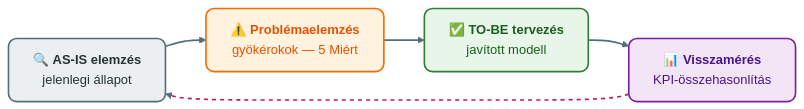
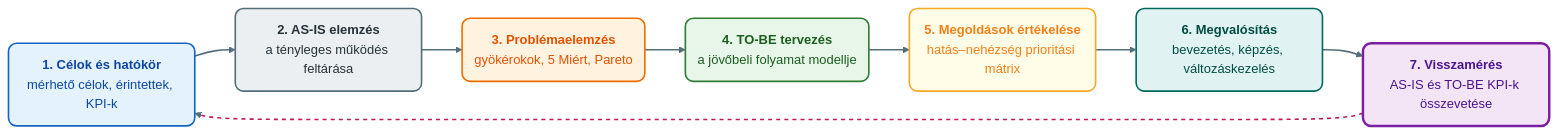
Before and after one commit to denespocsik/MM_BSC_Zarovizsga: the diagram in Tételek/V03-GMXSF2MBLF-Üzleti folyamatok mérése és optimalizálása.tétel.md, drawn with Mermaid (base theme). The commit also changed other lines of this file, not shown here.

````diff
--- a/Tételek/V03-GMXSF2MBLF-Üzleti folyamatok mérése és optimalizálása.tétel.md
+++ b/Tételek/V03-GMXSF2MBLF-Üzleti folyamatok mérése és optimalizálása.tétel.md
@@ -43,15 +68,21 @@
 ```mermaid
 flowchart LR
-    A["🔍 <b>AS-IS elemzés</b><br/>jelenlegi állapot"]:::szurke --> B["⚠️ <b>Problémaelemzés</b><br/>gyökérokok — 5 Miért"]:::narancs
-    B --> C["✅ <b>TO-BE tervezés</b><br/>javított modell"]:::zold
-    C --> D["📊 <b>Visszamérés</b><br/>KPI-összehasonlítás"]:::lila
-    D --> A
+    A("<b>1. Célok és hatókör</b><br/>mérhető célok, érintettek, KPI-k"):::kek --> B("<b>2. AS-IS elemzés</b><br/>a tényleges működés feltárása"):::szurke
+    B --> C("<b>3. Problémaelemzés</b><br/>gyökérokok, 5 Miért, Pareto"):::narancs
+    C --> D("<b>4. TO-BE tervezés</b><br/>a jövőbeli folyamat modellje"):::zold
+    D --> E("<b>5. Megoldások értékelése</b><br/>hatás–nehézség prioritási mátrix"):::sarga
+    E --> F("<b>6. Megvalósítás</b><br/>bevezetés, képzés, változáskezelés"):::turkiz
+    F --> G("<b>7. Visszamérés</b><br/>AS-IS és TO-BE KPI-k összevetése"):::lilaH
+    G --> A
 
+    classDef kek     fill:#e3f2fd,stroke:#1565c0,stroke-width:2px,color:#0d47a1,rx:10,ry:10;
     classDef zold    fill:#e8f5e9,stroke:#2e7d32,stroke-width:2px,color:#1b5e20,rx:10,ry:10;
     classDef narancs fill:#fff3e0,stroke:#ef6c00,stroke-width:2px,color:#e65100,rx:10,ry:10;
-    classDef lila    fill:#f3e5f5,stroke:#7b1fa2,stroke-width:2px,color:#4a148c,rx:10,ry:10;
+    classDef turkiz  fill:#e0f2f1,stroke:#00695c,stroke-width:2px,color:#004d40,rx:10,ry:10;
+    classDef sarga   fill:#fffde7,stroke:#f9a825,stroke-width:2px,color:#f57f17,rx:10,ry:10;
     classDef szurke  fill:#eceff1,stroke:#546e7a,stroke-width:2px,color:#263238,rx:10,ry:10;
+    classDef lilaH   fill:#f3e5f5,stroke:#7b1fa2,stroke-width:3px,color:#4a148c,rx:10,ry:10;
 
     linkStyle default stroke:#546e7a,stroke-width:2px;
-    linkStyle 3 stroke:#c2185b,stroke-width:2px,stroke-dasharray: 5 5;
+    linkStyle 6 stroke:#c2185b,stroke-width:2px,stroke-dasharray: 5 5;
 ```
````
